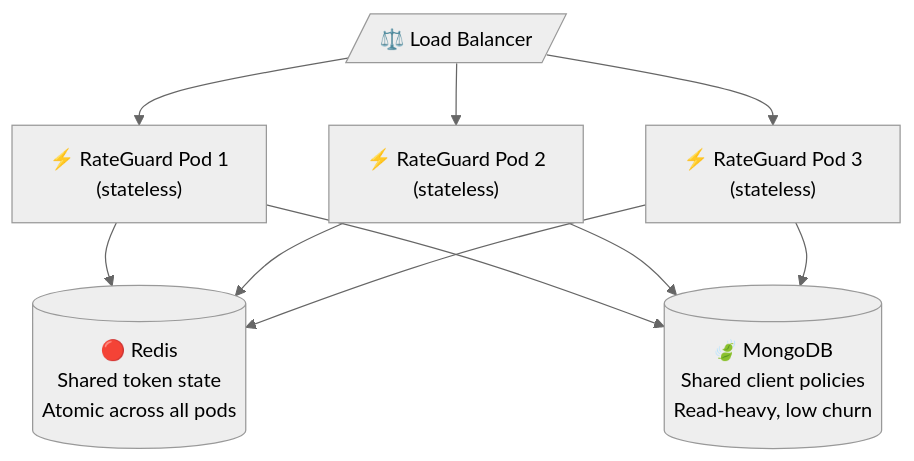
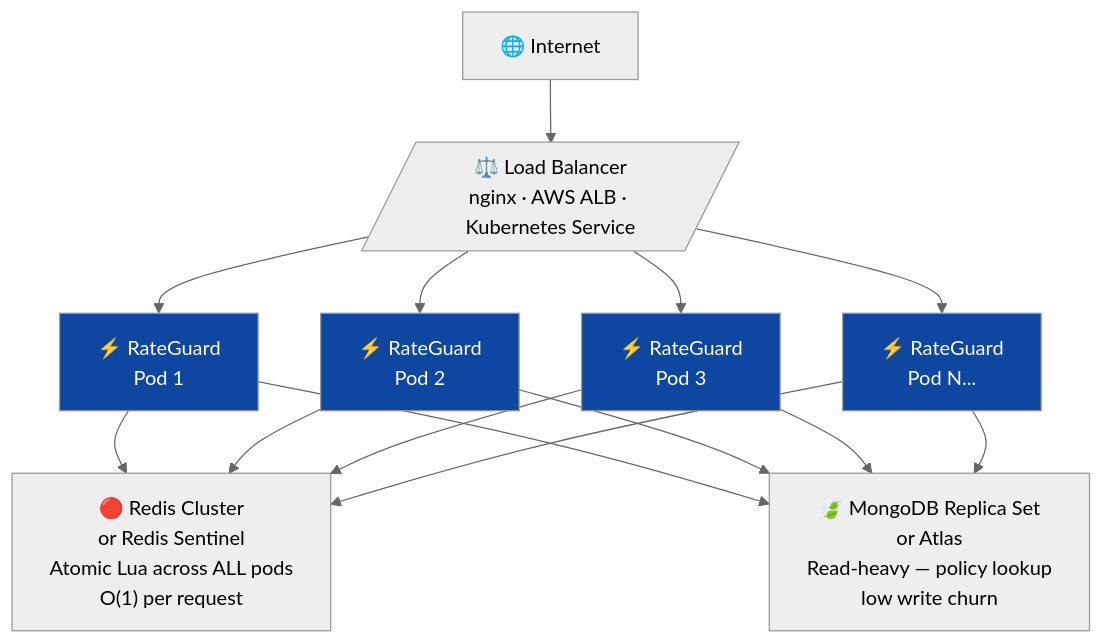
One commit to ramalokeshreddyp/RateGuard changed diagram 14 of 16 in ARCHITECTURE.md. Above: the diagram before and after it, drawn with Mermaid (neutral theme). The commit also changed other lines of this file and 2 other files, not shown here.

Commit message:
docs: comprehensive rewrite of README, ARCHITECTURE, and projectdocumentation with rich MermaidJS diagrams

````diff
--- a/ARCHITECTURE.md
+++ b/ARCHITECTURE.md
@@ -316,9 +609,17 @@
 ```mermaid
 flowchart TB
-    LB[/"⚖️ Load Balancer"/] --> P1["⚡ RateGuard Pod 1\n(stateless)"]
-    LB --> P2["⚡ RateGuard Pod 2\n(stateless)"]
-    LB --> P3["⚡ RateGuard Pod 3\n(stateless)"]
+    INET["🌐 Internet"] --> LB[/"⚖️ Load Balancer\nnginx · AWS ALB · Kubernetes Service"/]
 
-    P1 & P2 & P3 --> R[("🔴 Redis\nShared token state\nAtomic across all pods")]
-    P1 & P2 & P3 --> M[("🍃 MongoDB\nShared client policies\nRead-heavy, low churn")]
+    LB --> P1["⚡ RateGuard\nPod 1"]
+    LB --> P2["⚡ RateGuard\nPod 2"]
+    LB --> P3["⚡ RateGuard\nPod 3"]
+    LB --> PN["⚡ RateGuard\nPod N..."]
+
+    P1 & P2 & P3 & PN --> RC["🔴 Redis Cluster\nor Redis Sentinel\nAtomic Lua across ALL pods\nO(1) per request"]
+    P1 & P2 & P3 & PN --> MC["🍃 MongoDB Replica Set\nor Atlas\nRead-heavy — policy lookup\nlow write churn"]
+
+    style P1 fill:#0d47a1,color:#fff
+    style P2 fill:#0d47a1,color:#fff
+    style P3 fill:#0d47a1,color:#fff
+    style PN fill:#0d47a1,color:#fff
 ```
````
